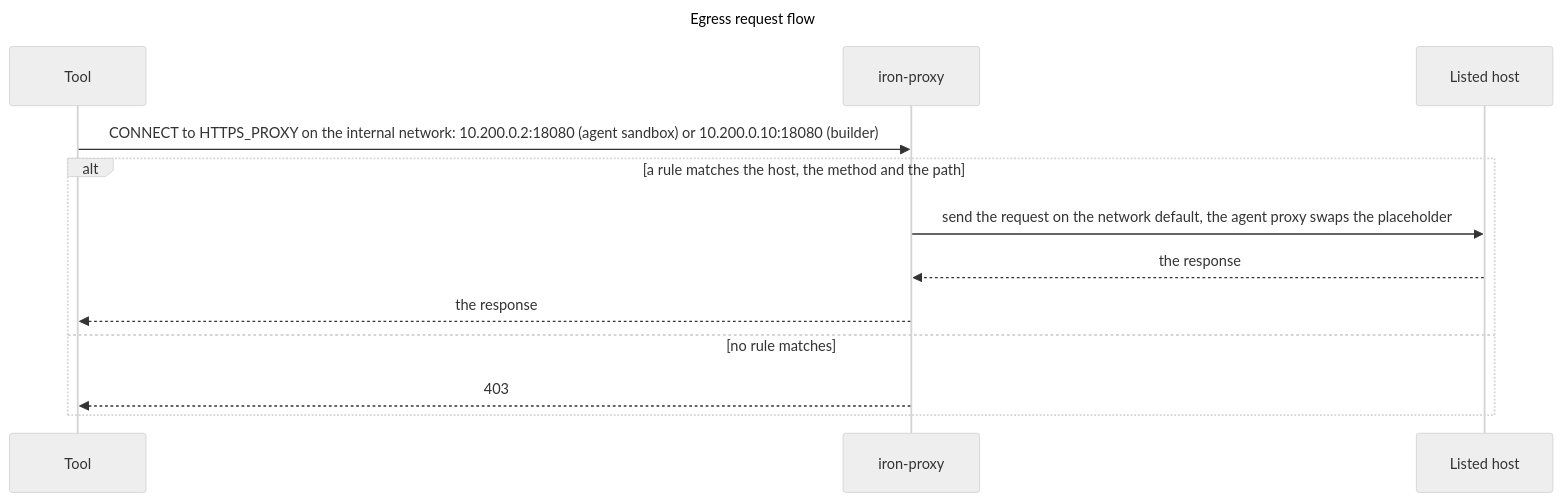
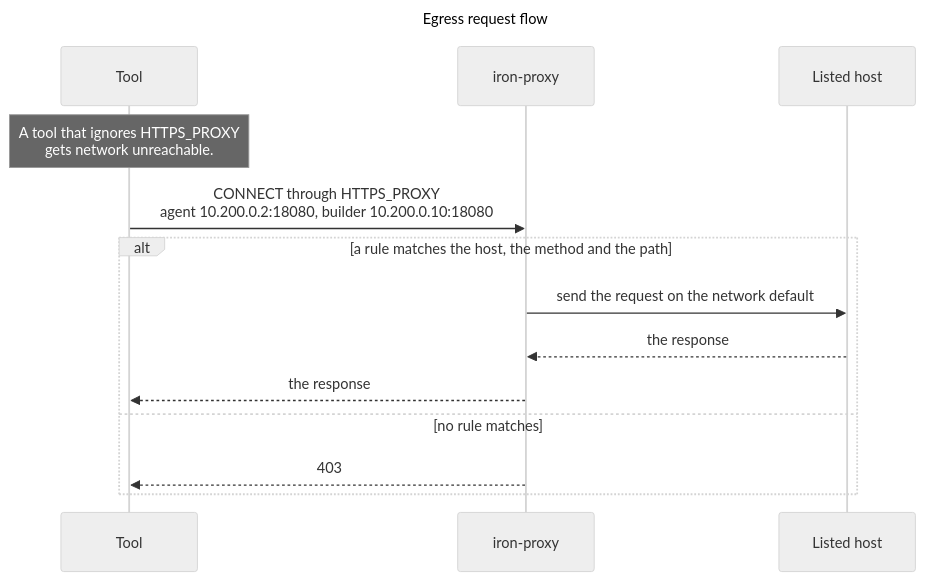
The third of 6 diagrams in .devcontainer/README.md (raghav19/engineersdaybook), drawn with Mermaid (neutral theme) before and after one commit. The commit also changed other lines of this file, not shown here.

First line of the commit message:
docs: clearer flows: CONNECT and TLS steps, short lines, socket and login

````diff
--- a/.devcontainer/README.md
+++ b/.devcontainer/README.md
@@ -200,17 +200,18 @@
 ```mermaid
 ---
 title: Egress request flow
 ---
 sequenceDiagram
     participant Tool
     participant Proxy as iron-proxy
     participant Host as Listed host
-    Tool->>Proxy: CONNECT to HTTPS_PROXY on the internal network: 10.200.0.2:18080 (agent sandbox) or 10.200.0.10:18080 (builder)
+    Note over Tool: A tool that ignores HTTPS_PROXY<br/>gets network unreachable.
+    Tool->>Proxy: CONNECT through HTTPS_PROXY<br/>agent 10.200.0.2:18080, builder 10.200.0.10:18080
     alt a rule matches the host, the method and the path
-        Proxy->>Host: send the request on the network default, the agent proxy swaps the placeholder
+        Proxy->>Host: send the request on the network default
         Host-->>Proxy: the response
         Proxy-->>Tool: the response
     else no rule matches
         Proxy-->>Tool: 403
     end
 ```
````
